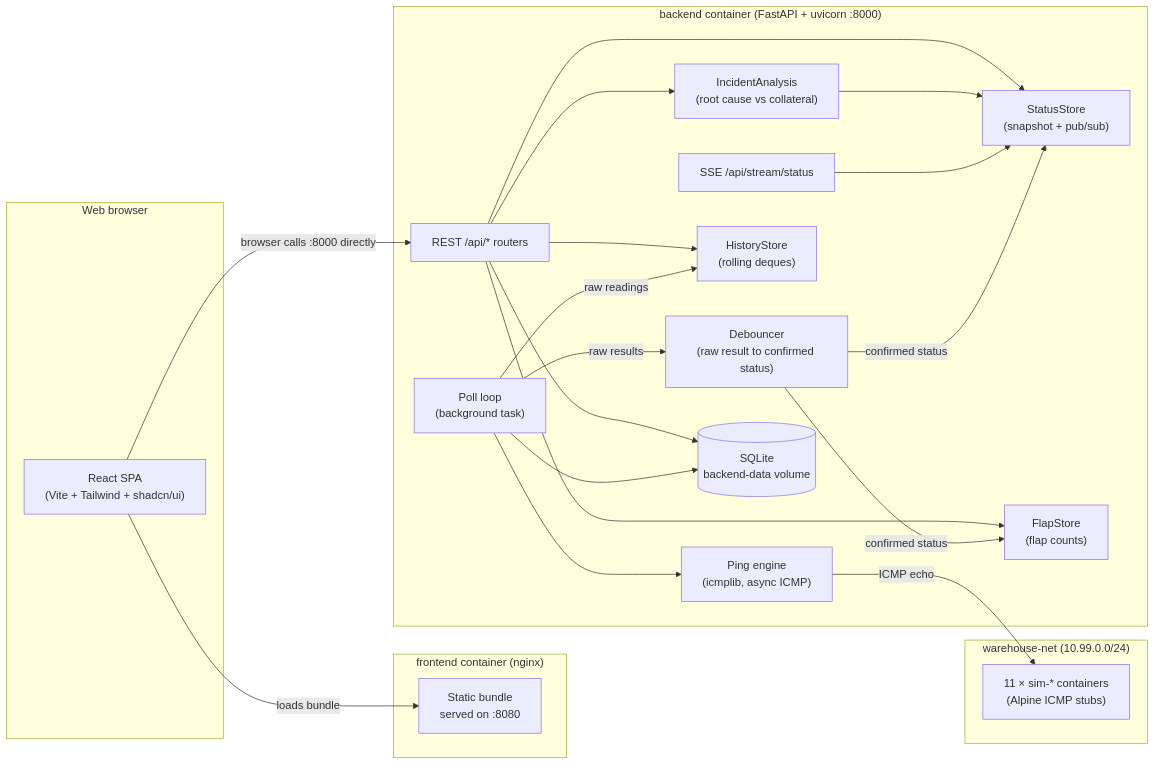
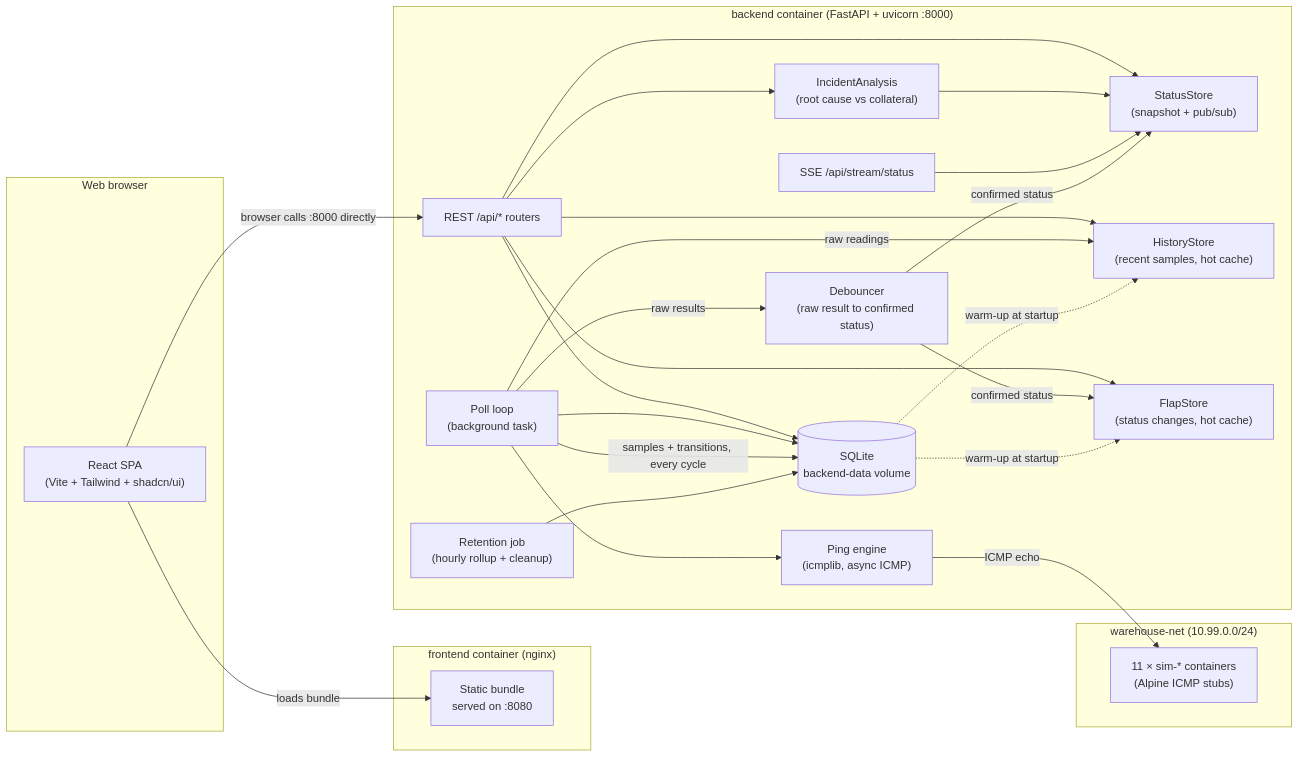
The first of 8 diagrams in README.md (dumbL4d/network-analyser), drawn with Mermaid before and after one commit. The commit also changed other lines of this file and 40 other files, not shown here.

First line of the commit message:
feat: persist latency history and transitions with retention and rollups

````diff
--- a/README.md
+++ b/README.md
@@ -38,45 +42,50 @@
 ```mermaid
 flowchart LR
     subgraph Browser["Web browser"]
         UI["React SPA<br/>(Vite + Tailwind + shadcn/ui)"]
     end
 
     subgraph FrontendContainer["frontend container (nginx)"]
         STATIC["Static bundle<br/>served on :8080"]
     end
 
     subgraph BackendContainer["backend container (FastAPI + uvicorn :8000)"]
         API["REST /api/* routers"]
         SSE["SSE /api/stream/status"]
         POLL["Poll loop<br/>(background task)"]
         PING["Ping engine<br/>(icmplib, async ICMP)"]
         DEB["Debouncer<br/>(raw result to confirmed status)"]
         ST["StatusStore<br/>(snapshot + pub/sub)"]
-        HS["HistoryStore<br/>(rolling deques)"]
-        FS["FlapStore<br/>(flap counts)"]
+        HS["HistoryStore<br/>(recent samples, hot cache)"]
+        FS["FlapStore<br/>(status changes, hot cache)"]
         IA["IncidentAnalysis<br/>(root cause vs collateral)"]
+        RET["Retention job<br/>(hourly rollup + cleanup)"]
         DB[("SQLite<br/>backend-data volume")]
     end
 
     subgraph SimNet["warehouse-net (10.99.0.0/24)"]
         SIM["11 × sim-* containers<br/>(Alpine ICMP stubs)"]
     end
 
     UI -- "browser calls :8000 directly" --> API
     API --> DB
     API --> ST
     API --> HS
     API --> FS
     API --> IA
     IA --> ST
     SSE --> ST
     POLL --> DB
     POLL --> PING
     PING -- "ICMP echo" --> SIM
     POLL -- "raw results" --> DEB
     DEB -- "confirmed status" --> ST
     DEB -- "confirmed status" --> FS
     POLL -- "raw readings" --> HS
+    POLL -- "samples + transitions, every cycle" --> DB
+    RET --> DB
+    DB -. warm-up at startup .-> HS
+    DB -. warm-up at startup .-> FS
 
     UI -- "loads bundle" --> STATIC
 ```
````
